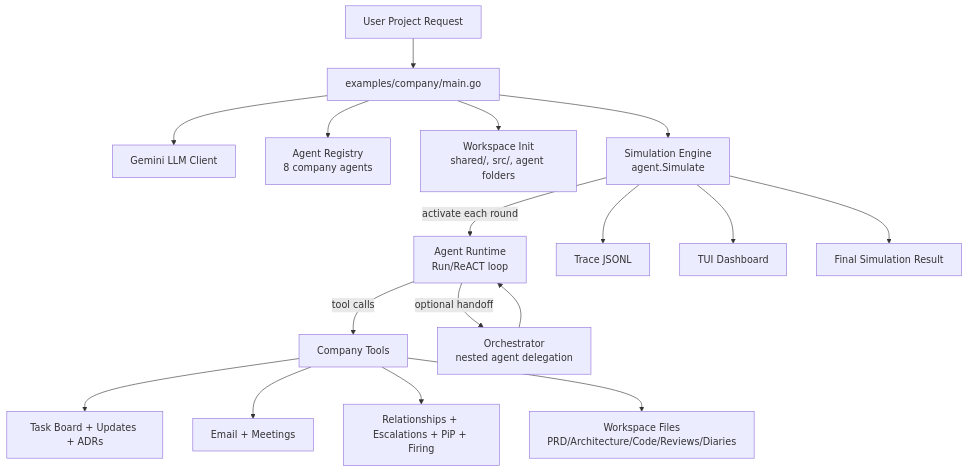
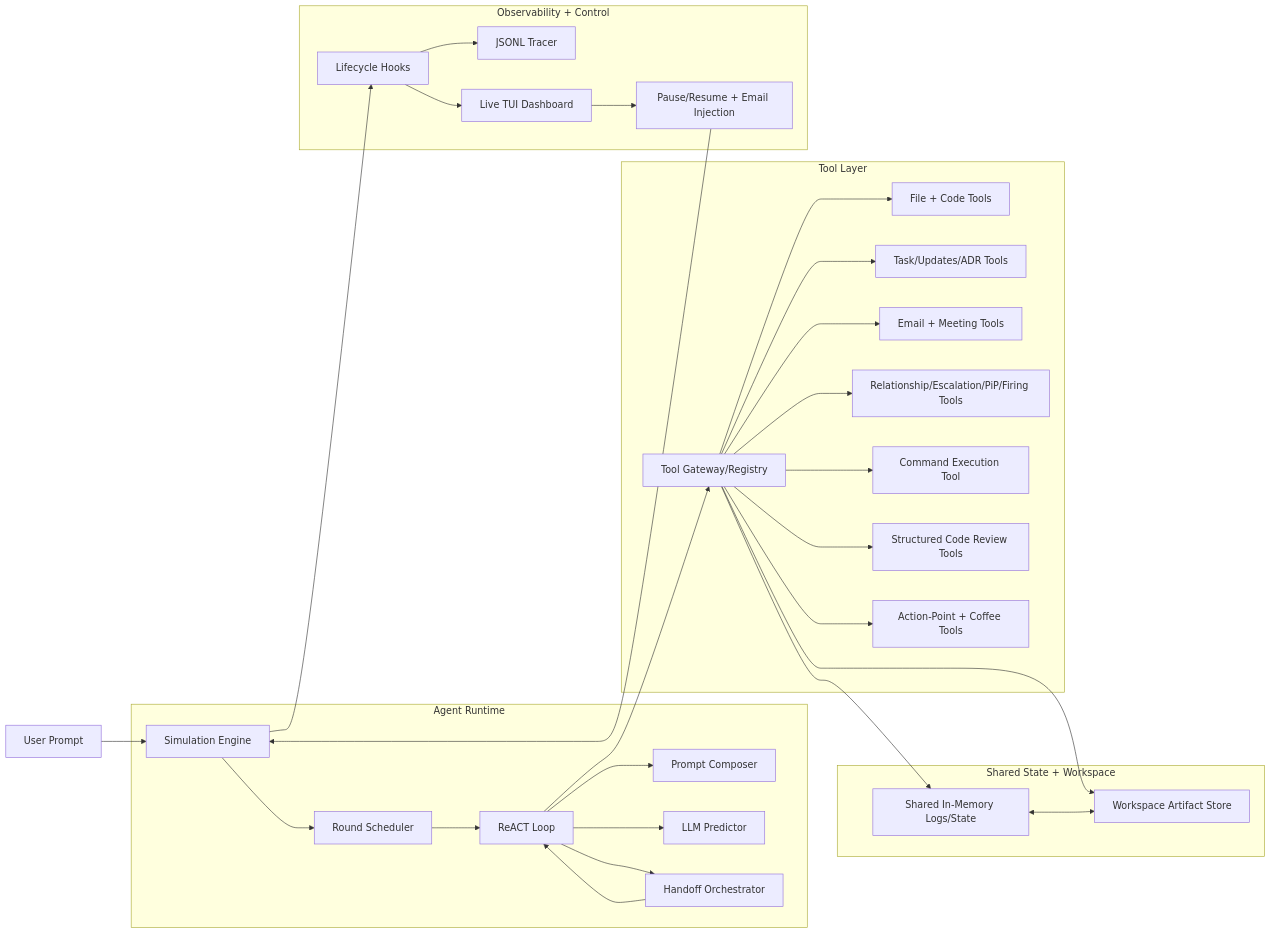
One commit to dntAtMe/agents changed the diagram in README.md. Above: the diagram before and after it, drawn with Mermaid. The commit also changed other lines of this file, not shown here.

Commit message:
Update README: simulation details & diagram
Clarify the project intro and workspace layout, replacing the previous terse description with a detailed "Simulation Capabilities" section that enumerates round-based simulation, ReACT agent runtime and handoffs, role/personality modeling, persistent workspace collaboration, task workflow, coding toolchain, structured code reviews, communication systems, governance dynamics, energy/action-point economy, and observability/control features. Expand the list of artifacts written to workspace and replace the original mermaid architecture diagram with an updated flow showing the agent runtime, tool layer, shared state/workspace, and observability/control components.

````diff
--- a/README.md
+++ b/README.md
@@ -18,22 +33,38 @@
 ```mermaid
-flowchart TD
-    U[User Project Request] --> E[examples/company/main.go]
-    E --> C[Gemini LLM Client]
-    E --> R[Agent Registry<br/>8 company agents]
-    E --> W[Workspace Init<br/>shared/, src/, agent folders]
-    E --> S[Simulation Engine<br/>agent.Simulate]
+flowchart LR
+    USER[User Prompt] --> SIM[Simulation Engine]
 
-    S -->|activate each round| A[Agent Runtime<br/>Run/ReACT loop]
-    A -->|tool calls| T[Company Tools]
-    T --> TB[Task Board + Updates + ADRs]
-    T --> COMMS[Email + Meetings]
-    T --> HR[Relationships + Escalations + PiP + Firing]
-    T --> FS[Workspace Files<br/>PRD/Architecture/Code/Reviews/Diaries]
+    subgraph Runtime[Agent Runtime]
+        SIM --> SCHED[Round Scheduler]
+        SCHED --> RUN[ReACT Loop]
+        RUN --> PROMPT[Prompt Composer]
+        RUN --> LLM[LLM Predictor]
+        RUN --> HANDOFF[Handoff Orchestrator]
+        HANDOFF --> RUN
+    end
 
-    A -->|optional handoff| O[Orchestrator<br/>nested agent delegation]
-    O --> A
+    subgraph Tools[Tool Layer]
+        RUN --> TGW[Tool Gateway/Registry]
+        TGW --> FILES[File + Code Tools]
+        TGW --> COLLAB[Task/Updates/ADR Tools]
+        TGW --> COMMS[Email + Meeting Tools]
+        TGW --> GOV[Relationship/Escalation/PiP/Firing Tools]
+        TGW --> EXEC[Command Execution Tool]
+        TGW --> REVIEW[Structured Code Review Tools]
+        TGW --> ENERGY[Action-Point + Coffee Tools]
+    end
 
-    S --> TR[Trace JSONL]
-    S --> UI[TUI Dashboard]
-    S --> OUT[Final Simulation Result]
+    subgraph State[Shared State + Workspace]
+        TGW --> MEM[Shared In-Memory Logs/State]
+        TGW --> WS[Workspace Artifact Store]
+        MEM <--> WS
+    end
+
+    subgraph Observe[Observability + Control]
+        SIM --> HOOKS[Lifecycle Hooks]
+        HOOKS --> TRACE[JSONL Tracer]
+        HOOKS --> TUI[Live TUI Dashboard]
+        TUI --> CTRL[Pause/Resume + Email Injection]
+        CTRL --> SIM
+    end
 ```
````
